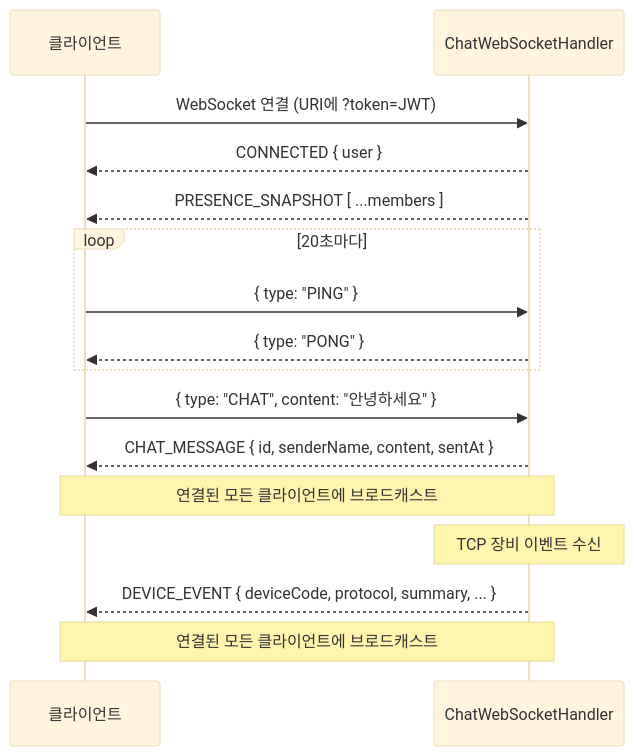
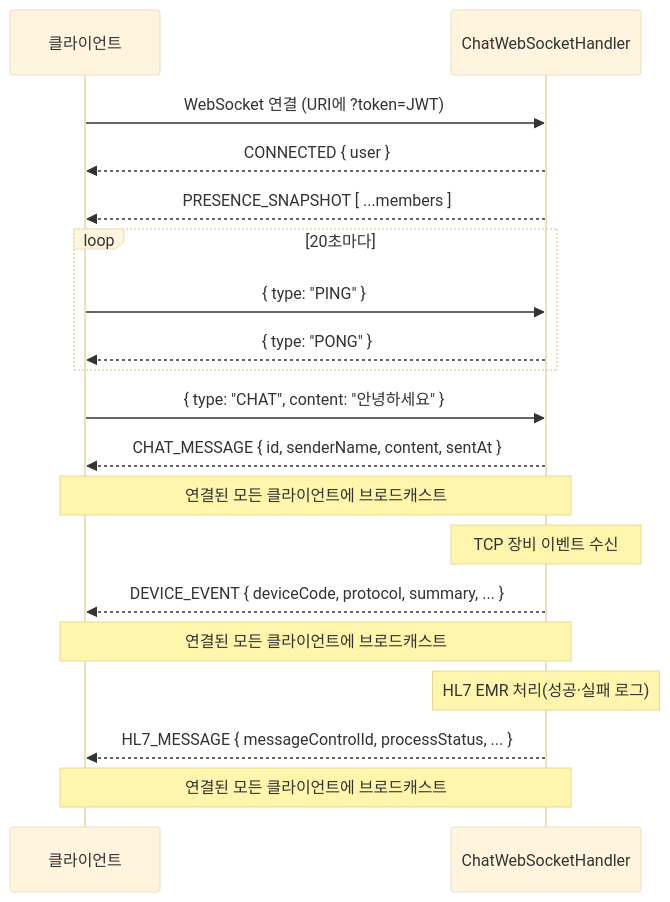
Before and after one commit to skyleedevzero86/carebridge-platform: the sixth of 8 diagrams in README.md, drawn with Mermaid (base theme). The commit also changed other lines of this file and 23 other files, not shown here.

````diff
--- a/README.md
+++ b/README.md
@@ -377,22 +474,26 @@
 ```mermaid
 sequenceDiagram
     participant C as 클라이언트
     participant S as ChatWebSocketHandler
 
     C->>S: WebSocket 연결 (URI에 ?token=JWT)
     S-->>C: CONNECTED { user }
     S-->>C: PRESENCE_SNAPSHOT [ ...members ]
 
     loop 20초마다
         C->>S: { type: "PING" }
         S-->>C: { type: "PONG" }
     end
 
     C->>S: { type: "CHAT", content: "안녕하세요" }
     S-->>C: CHAT_MESSAGE { id, senderName, content, sentAt }
     Note over S,C: 연결된 모든 클라이언트에 브로드캐스트
 
     Note over S: TCP 장비 이벤트 수신
     S-->>C: DEVICE_EVENT { deviceCode, protocol, summary, ... }
     Note over S,C: 연결된 모든 클라이언트에 브로드캐스트
+
+    Note over S: HL7 EMR 처리(성공·실패 로그)
+    S-->>C: HL7_MESSAGE { messageControlId, processStatus, ... }
+    Note over S,C: 연결된 모든 클라이언트에 브로드캐스트
 ```
````
